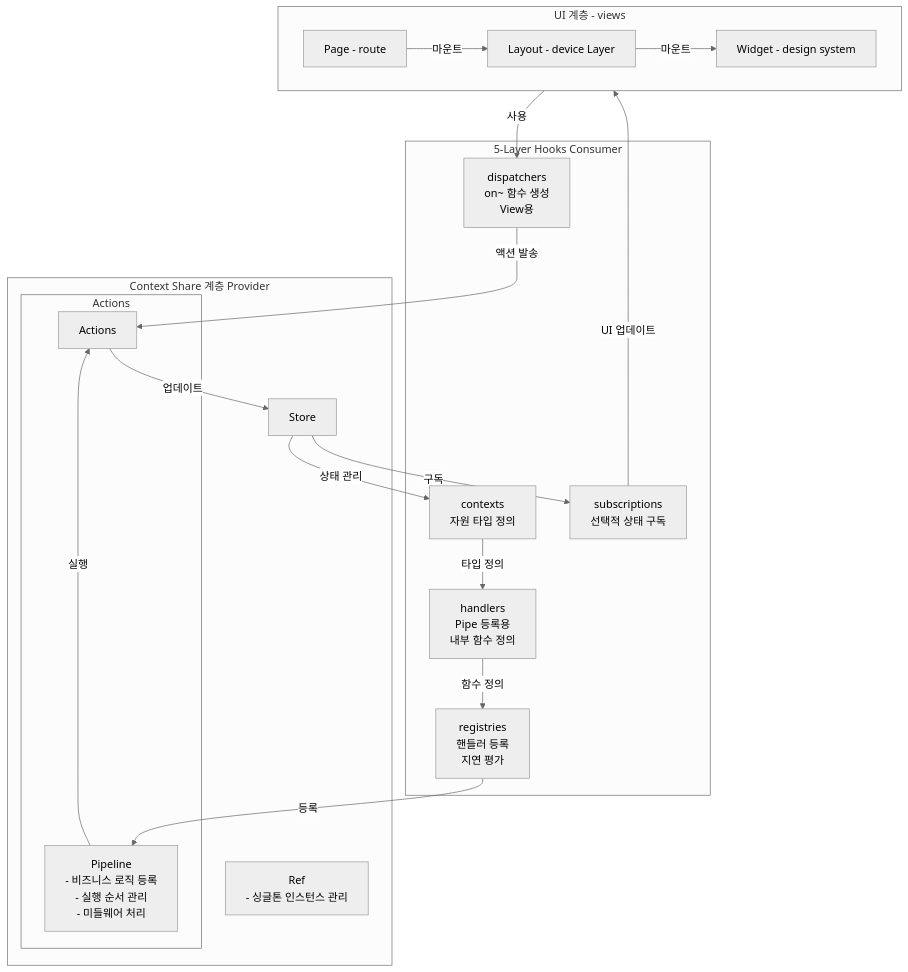
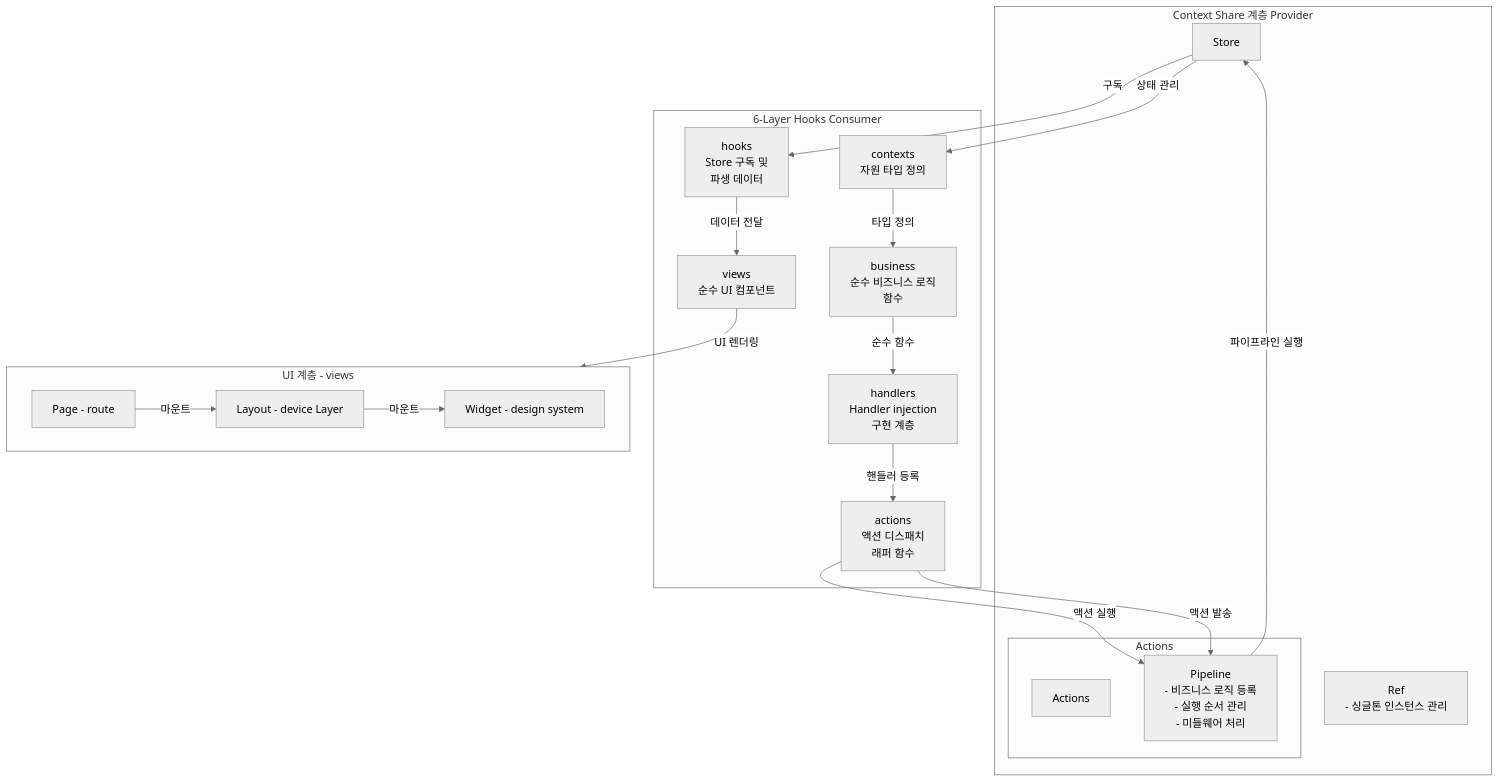
One commit to mineclover/context-action changed the first of 2 diagrams in README.ko.md. Above: the diagram before and after it, drawn with Mermaid (neutral theme). The commit also changed other lines of this file and 75 other files, not shown here.

````diff
--- a/README.ko.md
+++ b/README.ko.md
@@ -288,44 +293,45 @@
 ```mermaid
 graph TD
     %% Context Share 계층
     subgraph ContextShare["Context Share 계층 Provider"]
         Store[Store]
         subgraph ActionsContainer["Actions"]
             Actions[Actions]
             Pipeline[Pipeline<br/>- 비즈니스 로직 등록<br/>- 실행 순서 관리<br/>- 미들웨어 처리]
         end
         Ref[Ref<br/>- 싱글톤 인스턴스 관리]
     end
 
-    %% 5-Layer Hooks 구조
-    subgraph Hooks["5-Layer Hooks Consumer"]
+    %% 6-Layer Hooks 구조
+    subgraph Hooks["6-Layer Hooks Consumer"]
         ContextDef[contexts<br/>자원 타입 정의]
-        Handlers[handlers<br/>Pipe 등록용<br/>내부 함수 정의]
-        Subscriptions[subscriptions<br/>선택적 상태 구독]
-        Registries[registries<br/>핸들러 등록<br/>지연 평가]
-        Dispatchers[dispatchers<br/>on~ 함수 생성<br/>View용]
+        Business[business<br/>순수 비즈니스 로직<br/>함수]
+        Handlers[handlers<br/>Handler injection<br/>구현 계층]
+        ActionHelpers[actions<br/>액션 디스패치<br/>래퍼 함수]
+        Subscriptions[hooks<br/>Store 구독 및<br/>파생 데이터]
+        Views[views<br/>순수 UI 컴포넌트]
     end
 
     %% UI 계층
     subgraph UI["UI 계층 - views"]
         Page[Page - route]
         Layout[Layout - device Layer]
         Widget[Widget - design system]
     end
 
     %% 데이터 흐름
     Store -->|상태 관리| ContextDef
-    ContextDef -->|타입 정의| Handlers
-    Handlers -->|함수 정의| Registries
-    Registries -->|등록| Pipeline
-    Pipeline -->|실행| Actions
-    Actions -->|업데이트| Store
+    ContextDef -->|타입 정의| Business
+    Business -->|순수 함수| Handlers
+    Handlers -->|핸들러 등록| ActionHelpers
+    ActionHelpers -->|액션 실행| Pipeline
+    Pipeline -->|파이프라인 실행| Store
     Store -->|구독| Subscriptions
-    Subscriptions -->|UI 업데이트| UI
-    Dispatchers -->|액션 발송| Actions
-    UI -->|사용| Dispatchers
+    Subscriptions -->|데이터 전달| Views
+    Views -->|UI 렌더링| UI
+    ActionHelpers -->|액션 발송| Pipeline
 
     %% UI 마운트 순서
     Page -->|마운트| Layout
     Layout -->|마운트| Widget
 ```
````
